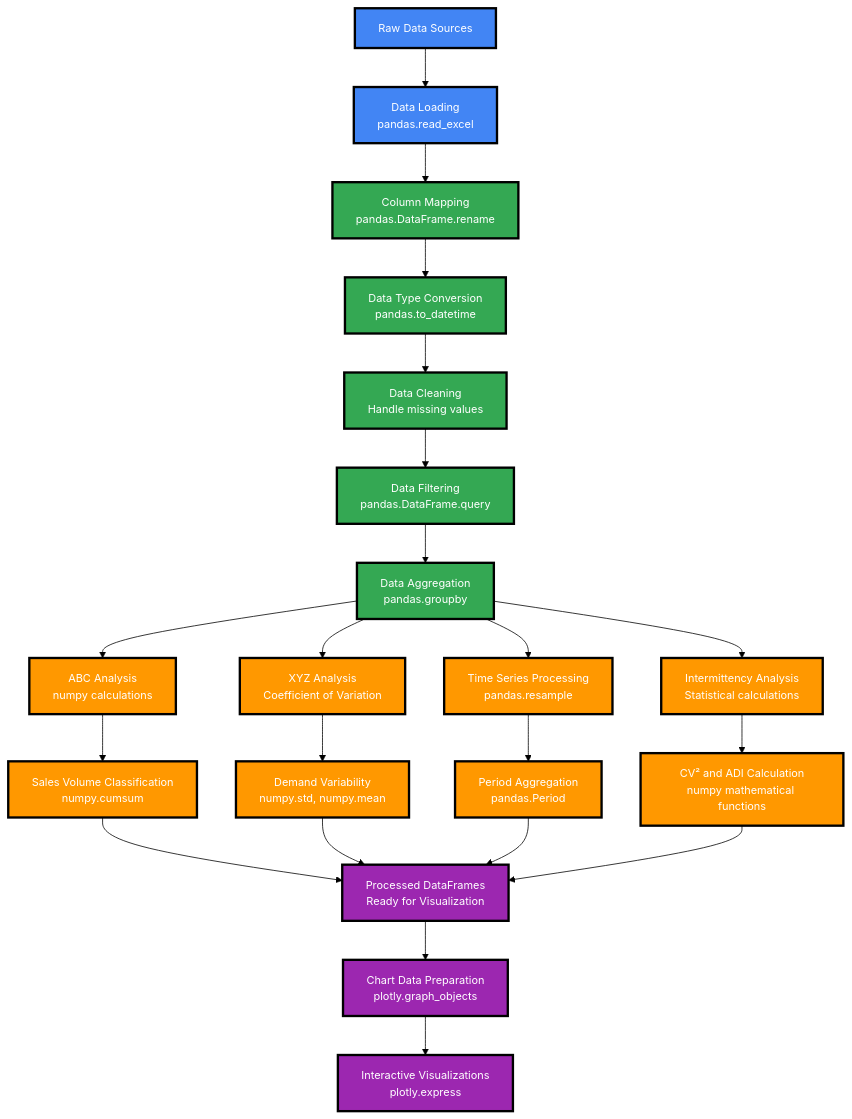
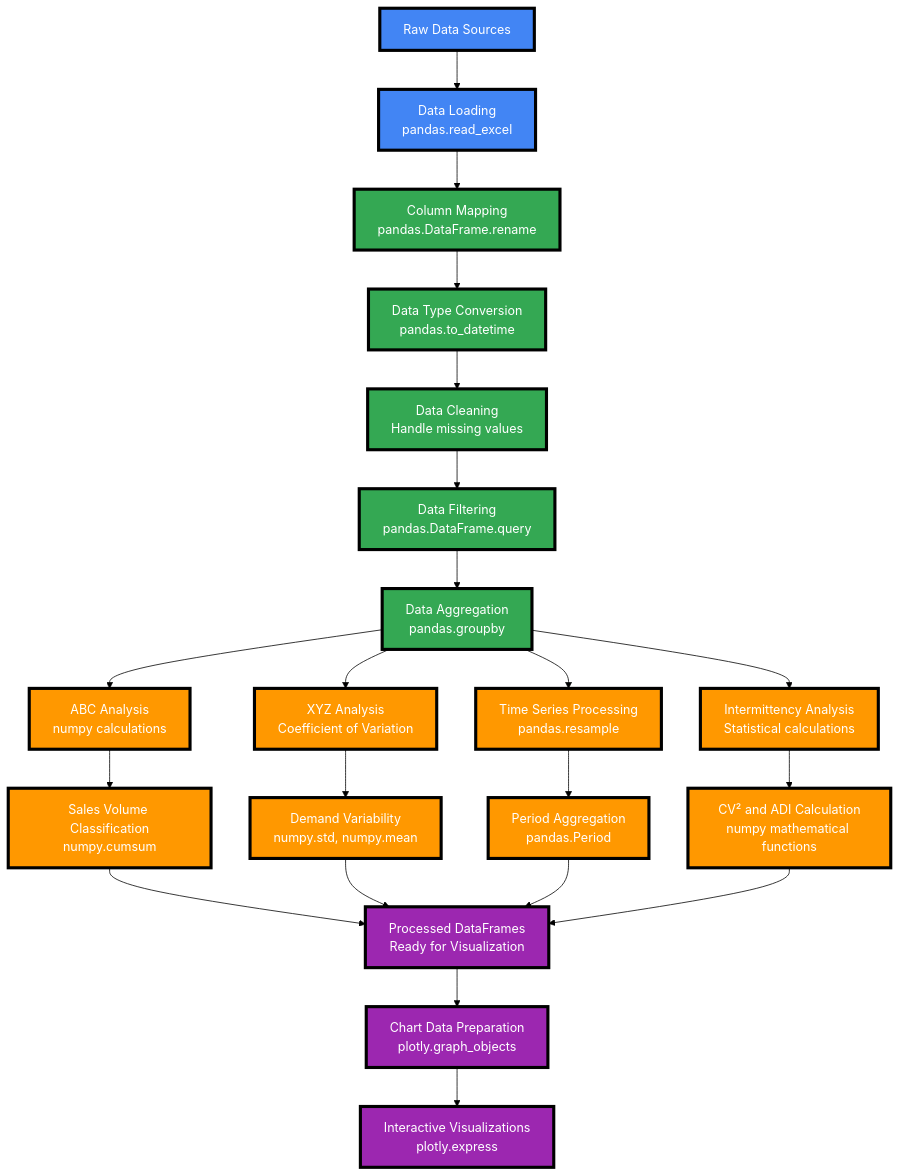
The diagram in Data_Processing_Flow_Diagram.md (Ribas55/Dashboard), drawn with Mermaid before and after one commit.

Commit message:
Force white background to override GitHub dark mode - explicit white theme configuration

````diff
--- a/Data_Processing_Flow_Diagram.md
+++ b/Data_Processing_Flow_Diagram.md
@@ -4,48 +4,48 @@
 ```mermaid
-%%{init: {'theme':'default', 'themeVariables': {'fontFamily': 'Arial', 'fontSize': '14px', 'lineColor': '#000000', 'primaryColor': '#ffffff', 'primaryTextColor': '#000000', 'primaryBorderColor': '#333333', 'background': '#ffffff', 'mainBkg': '#ffffff', 'cScale0': '#4285f4', 'cScale1': '#34a853', 'cScale2': '#ff9800', 'cScale3': '#9c27b0'}}}%%
+%%{init: {'theme':'base', 'themeVariables': {'primaryColor': '#ffffff', 'primaryTextColor': '#000000', 'primaryBorderColor': '#000000', 'lineColor': '#000000', 'secondaryColor': '#ffffff', 'tertiaryColor': '#ffffff', 'background': '#ffffff', 'mainBkg': '#ffffff', 'secondBkg': '#ffffff', 'tertiaryBkg': '#ffffff', 'cLabel0': '#000000', 'cLabel1': '#000000', 'cLabel2': '#000000', 'cLabel3': '#000000', 'c0': '#ffffff', 'c1': '#ffffff', 'c2': '#ffffff', 'c3': '#ffffff'}}}%%
 flowchart TD
     %% Data Extraction
     A[Raw Data Sources] --> B[Data Loading<br/>pandas.read_excel]
     
     %% Data Processing
     B --> C[Column Mapping<br/>pandas.DataFrame.rename]
     C --> D[Data Type Conversion<br/>pandas.to_datetime]
     D --> E[Data Cleaning<br/>Handle missing values]
     
     %% Data Transformation
     E --> F[Data Filtering<br/>pandas.DataFrame.query]
     F --> G[Data Aggregation<br/>pandas.groupby]
     
     %% Analysis Processing
     G --> H1[ABC Analysis<br/>numpy calculations]
     G --> H2[XYZ Analysis<br/>Coefficient of Variation]
     G --> H3[Time Series Processing<br/>pandas.resample]
     G --> H4[Intermittency Analysis<br/>Statistical calculations]
     
     %% Statistical Calculations
     H1 --> I1[Sales Volume Classification<br/>numpy.cumsum]
     H2 --> I2[Demand Variability<br/>numpy.std, numpy.mean]
     H3 --> I3[Period Aggregation<br/>pandas.Period]
     H4 --> I4[CV² and ADI Calculation<br/>numpy mathematical functions]
     
     %% Results
     I1 --> J[Processed DataFrames<br/>Ready for Visualization]
     I2 --> J
     I3 --> J
     I4 --> J
     
     %% Visualization Preparation
     J --> K[Chart Data Preparation<br/>plotly.graph_objects]
     K --> L[Interactive Visualizations<br/>plotly.express]
     
-    %% Styling with vibrant clean colors and black borders
-    classDef extraction fill:#4285f4,stroke:#000000,stroke-width:3px,color:#ffffff
-    classDef processing fill:#34a853,stroke:#000000,stroke-width:3px,color:#ffffff
-    classDef analysis fill:#ff9800,stroke:#000000,stroke-width:3px,color:#ffffff
-    classDef output fill:#9c27b0,stroke:#000000,stroke-width:3px,color:#ffffff
+    %% Styling with vibrant clean colors and strong black borders
+    classDef extraction fill:#4285f4,stroke:#000000,stroke-width:4px,color:#ffffff
+    classDef processing fill:#34a853,stroke:#000000,stroke-width:4px,color:#ffffff
+    classDef analysis fill:#ff9800,stroke:#000000,stroke-width:4px,color:#ffffff
+    classDef output fill:#9c27b0,stroke:#000000,stroke-width:4px,color:#ffffff
     
     class A,B extraction
     class C,D,E,F,G processing
     class H1,H2,H3,H4,I1,I2,I3,I4 analysis
     class J,K,L output
 ```
````
